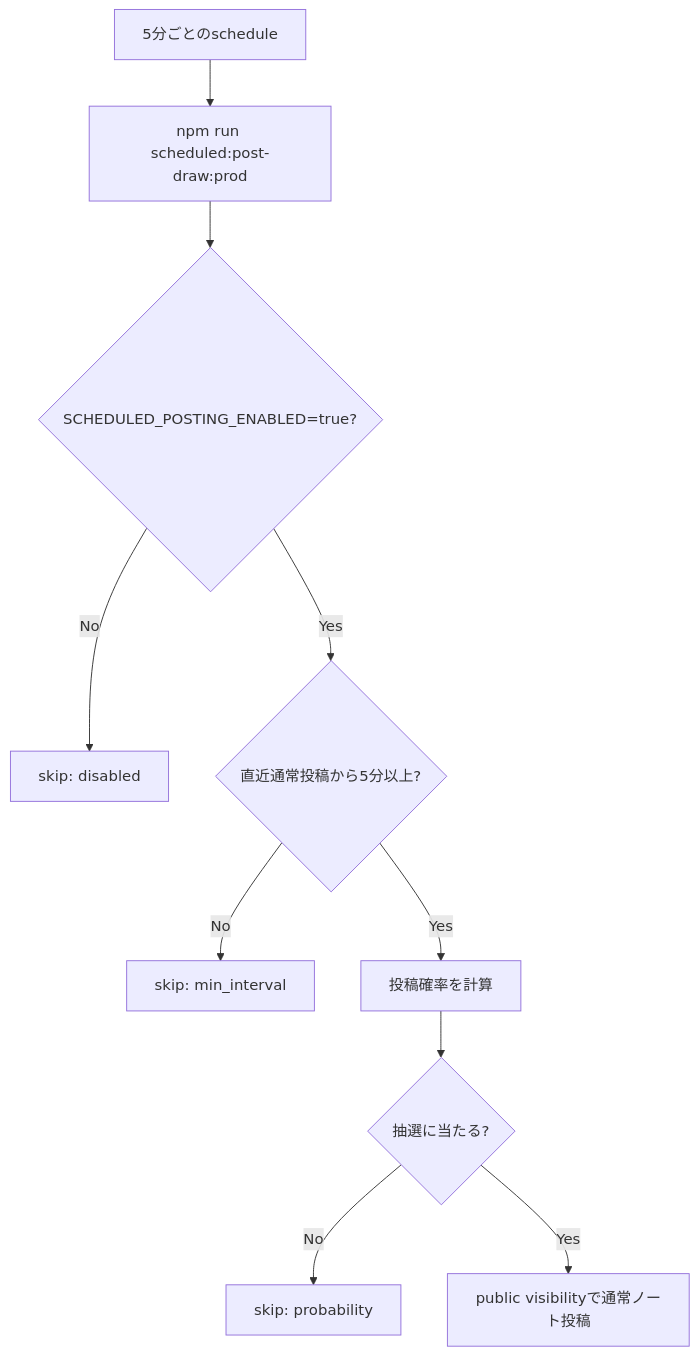
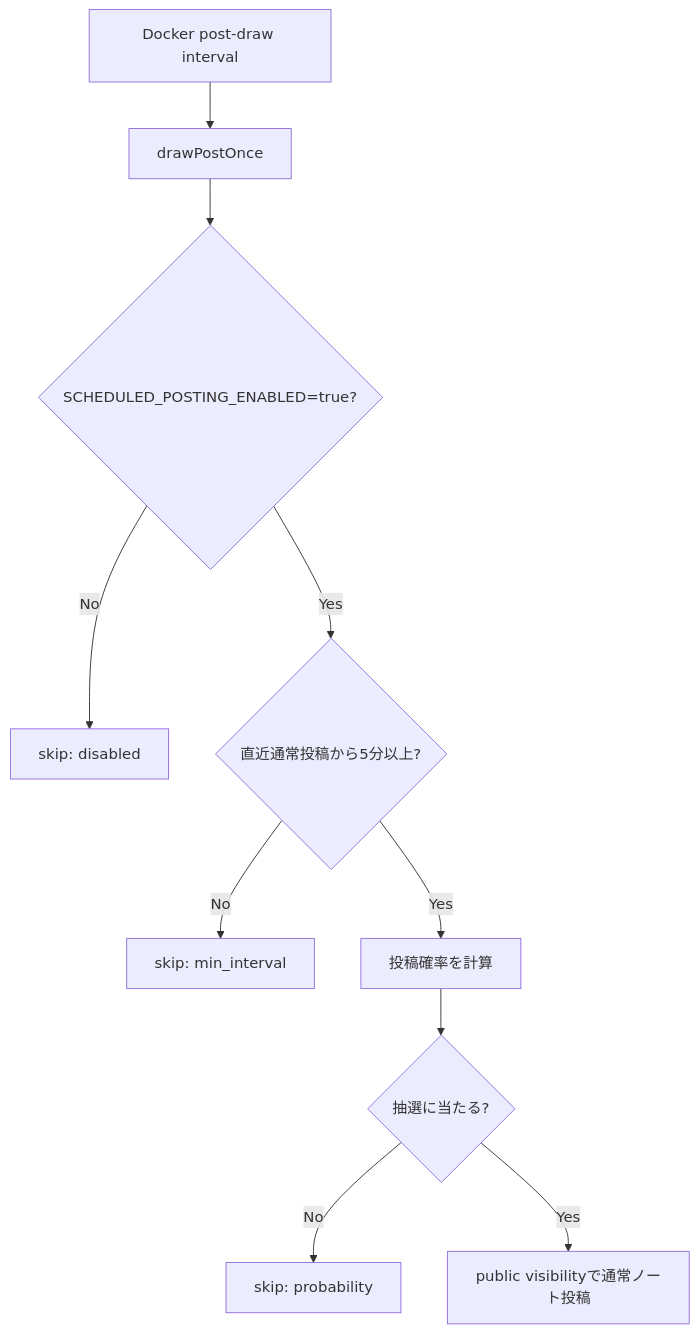
One commit to rohto4/io-bot-soul changed the third of 3 diagrams in docs/guide/script-overview.md. Above: the diagram before and after it, drawn with Mermaid. The commit also changed other lines of this file and 33 other files, not shown here.

````diff
--- a/docs/guide/script-overview.md
+++ b/docs/guide/script-overview.md
@@ -79,12 +79,12 @@
 ```mermaid
 flowchart TD
-  A[5分ごとのschedule] --> B[npm run scheduled:post-draw:prod]
+  A[Docker post-draw interval] --> B[drawPostOnce]
   B --> C{SCHEDULED_POSTING_ENABLED=true?}
   C -- No --> D[skip: disabled]
   C -- Yes --> E{直近通常投稿から5分以上?}
   E -- No --> F[skip: min_interval]
   E -- Yes --> G[投稿確率を計算]
   G --> H{抽選に当たる?}
   H -- No --> I[skip: probability]
   H -- Yes --> J[public visibilityで通常ノート投稿]
 ```
````
